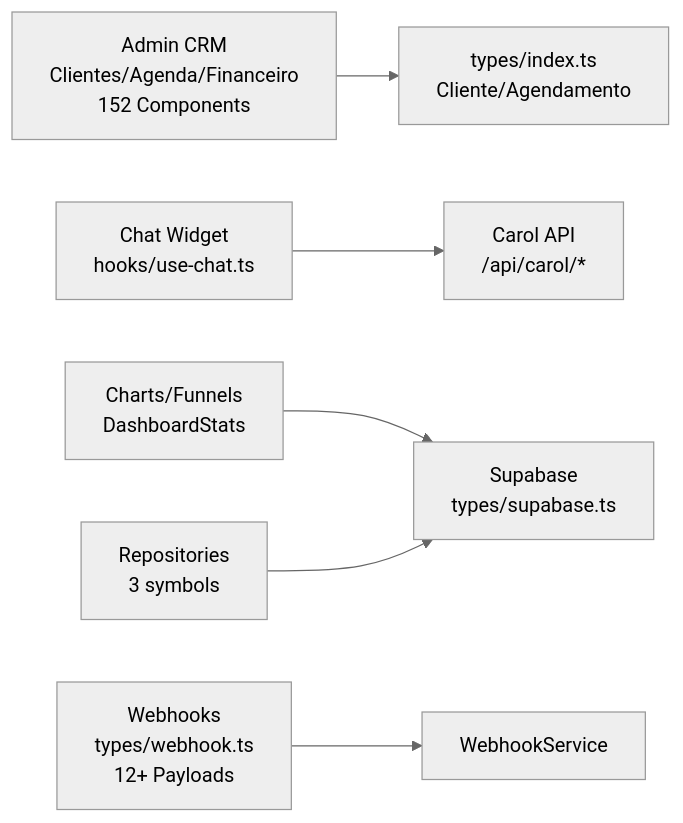
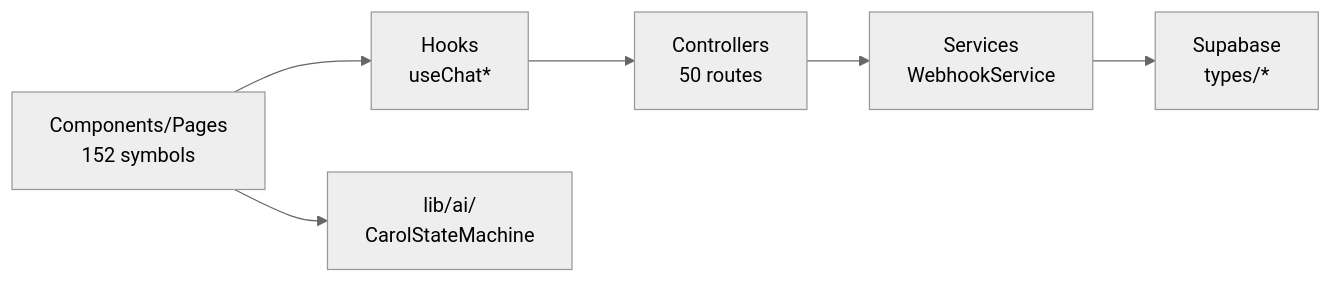
The second of 2 diagrams in .context/docs/architecture.md (dchesque/caroline-cleaning), drawn with Mermaid (neutral theme) before and after one commit. The commit also changed other lines of this file and 89 other files, not shown here.

````diff
--- a/.context/docs/architecture.md
+++ b/.context/docs/architecture.md
@@ -174,8 +178,8 @@
 ```mermaid
 graph LR
-    CRM[Admin CRM<br/>Clientes/Agenda/Financeiro<br/>152 Components] --> Types[types/index.ts<br/>Cliente/Agendamento]
-    Chat[Chat Widget<br/>hooks/use-chat.ts] --> AI[Carol API<br/>/api/carol/*]
-    Analytics[Charts/Funnels<br/>DashboardStats] --> DB[Supabase<br/>types/supabase.ts]
-    Events[Webhooks<br/>types/webhook.ts<br/>12+ Payloads] --> Services[WebhookService]
-    Repos[Repositories<br/>3 symbols] --> DB
+    UI[Components/Pages<br/>152 symbols] --> Hooks[Hooks<br/>useChat*]
+    Hooks --> API[Controllers<br/>50 routes]
+    API --> Services[Services<br/>WebhookService]
+    Services --> DB[Supabase<br/>types/*]
+    UI --> AI[lib/ai/<br/>CarolStateMachine]
 ```
````
